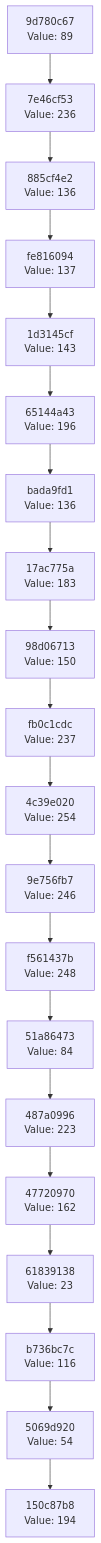
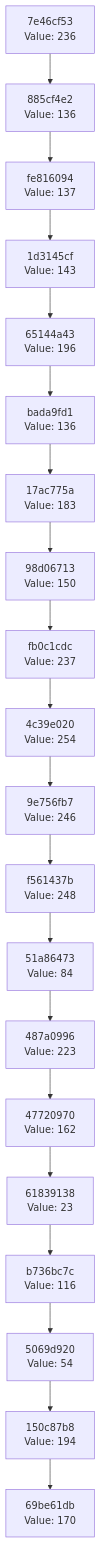
Before and after one commit to Abhisheksinha1506/hash-chain-evolver: the diagram in docs/CHAIN_VISUALIZATION.md, drawn with Mermaid. The commit also changed 3 other files, not shown here.

````diff
--- a/docs/CHAIN_VISUALIZATION.md
+++ b/docs/CHAIN_VISUALIZATION.md
@@ -3,42 +3,42 @@
 ```mermaid
 graph TD
-    C0["150c87b8<br/>Value: 194"]
-    C1["5069d920<br/>Value: 54"]
+    C0["69be61db<br/>Value: 170"]
+    C1["150c87b8<br/>Value: 194"]
     C1 --> C0
-    C2["b736bc7c<br/>Value: 116"]
+    C2["5069d920<br/>Value: 54"]
     C2 --> C1
-    C3["61839138<br/>Value: 23"]
+    C3["b736bc7c<br/>Value: 116"]
     C3 --> C2
-    C4["47720970<br/>Value: 162"]
+    C4["61839138<br/>Value: 23"]
     C4 --> C3
-    C5["487a0996<br/>Value: 223"]
+    C5["47720970<br/>Value: 162"]
     C5 --> C4
-    C6["51a86473<br/>Value: 84"]
+    C6["487a0996<br/>Value: 223"]
     C6 --> C5
-    C7["f561437b<br/>Value: 248"]
+    C7["51a86473<br/>Value: 84"]
     C7 --> C6
-    C8["9e756fb7<br/>Value: 246"]
+    C8["f561437b<br/>Value: 248"]
     C8 --> C7
-    C9["4c39e020<br/>Value: 254"]
+    C9["9e756fb7<br/>Value: 246"]
     C9 --> C8
-    C10["fb0c1cdc<br/>Value: 237"]
+    C10["4c39e020<br/>Value: 254"]
     C10 --> C9
-    C11["98d06713<br/>Value: 150"]
+    C11["fb0c1cdc<br/>Value: 237"]
     C11 --> C10
-    C12["17ac775a<br/>Value: 183"]
+    C12["98d06713<br/>Value: 150"]
     C12 --> C11
-    C13["bada9fd1<br/>Value: 136"]
+    C13["17ac775a<br/>Value: 183"]
     C13 --> C12
-    C14["65144a43<br/>Value: 196"]
+    C14["bada9fd1<br/>Value: 136"]
     C14 --> C13
-    C15["1d3145cf<br/>Value: 143"]
+    C15["65144a43<br/>Value: 196"]
     C15 --> C14
-    C16["fe816094<br/>Value: 137"]
+    C16["1d3145cf<br/>Value: 143"]
     C16 --> C15
-    C17["885cf4e2<br/>Value: 136"]
+    C17["fe816094<br/>Value: 137"]
     C17 --> C16
-    C18["7e46cf53<br/>Value: 236"]
+    C18["885cf4e2<br/>Value: 136"]
     C18 --> C17
-    C19["9d780c67<br/>Value: 89"]
+    C19["7e46cf53<br/>Value: 236"]
     C19 --> C18
 ```
````
